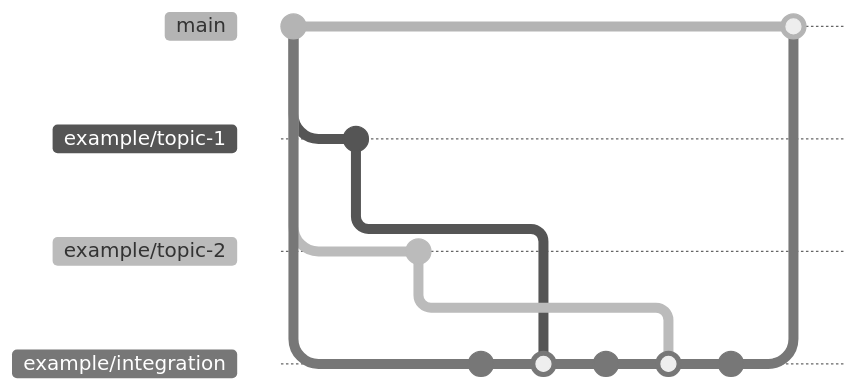
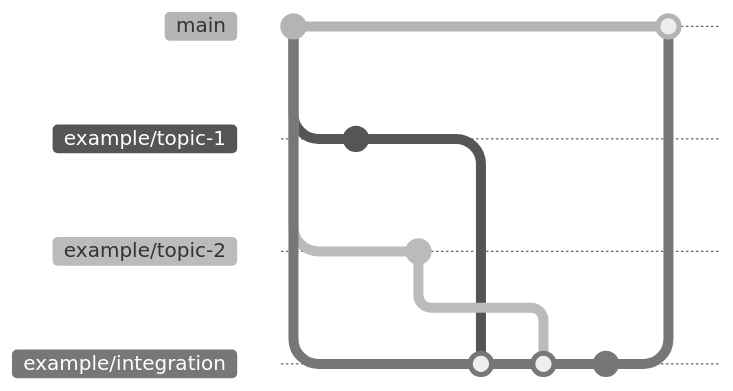
The second of 2 diagrams in docs/tutorial/branch.md (anoma/nspec), drawn with Mermaid before and after one commit. The commit also changed other lines of this file, not shown here. Commit ids are hidden.

````diff
--- a/docs/tutorial/branch.md
+++ b/docs/tutorial/branch.md
@@ -173,22 +173,20 @@
 ```mermaid
 %%{init: { 'theme': 'neutral' } }%%
 gitGraph:
     commit
     branch example/topic-1
     checkout example/topic-1
     commit
     checkout main
     branch example/topic-2
     checkout example/topic-2
     commit
     checkout main
     branch example/integration
     checkout example/integration
-    commit
     merge example/topic-1
-    commit
     merge example/topic-2
-    commit
+    commit "Fix merge conflicts"
     checkout main
     merge example/integration
 ```
````
